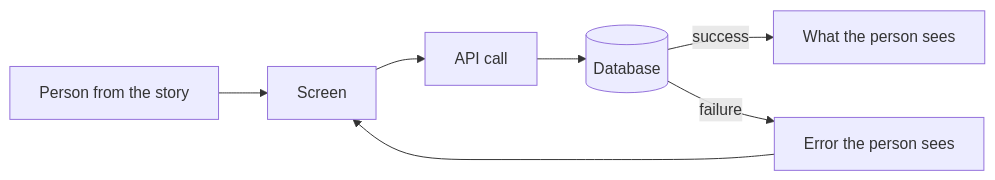
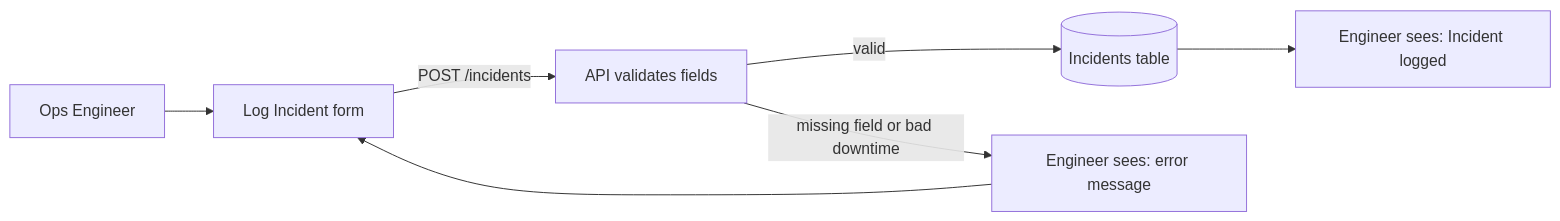
One commit to b-heredia/t7b-stories-to-design changed the first of 2 diagrams in design.md. Above: the diagram before and after it, drawn with Mermaid. The commit also changed other lines of this file and 1 other file, not shown here.

Commit message:
docs: add Card 1 design - workflow, components, schema

````diff
--- a/design.md
+++ b/design.md
@@ -26,9 +24,9 @@
 ```mermaid
 flowchart LR
-  P[Person from the story] --> S[Screen]
-  S --> A[API call]
-  A --> D[(Database)]
-  D -->|success| OK[What the person sees]
-  D -->|failure| ERR[Error the person sees]
+  P[Ops Engineer] --> S[Log Incident form]
+  S -->|POST /incidents| A[API validates fields]
+  A -->|valid| D[(Incidents table)]
+  D --> OK[Engineer sees: Incident logged]
+  A -->|missing field or bad downtime| ERR[Engineer sees: error message]
   ERR --> S
 ```
````
